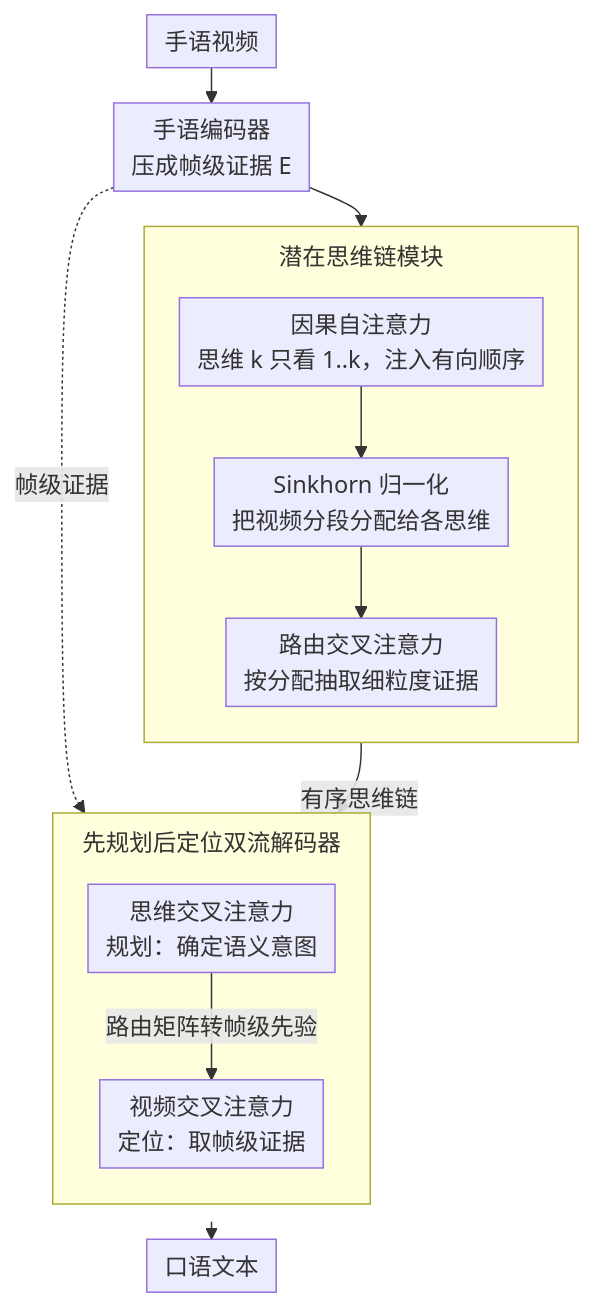
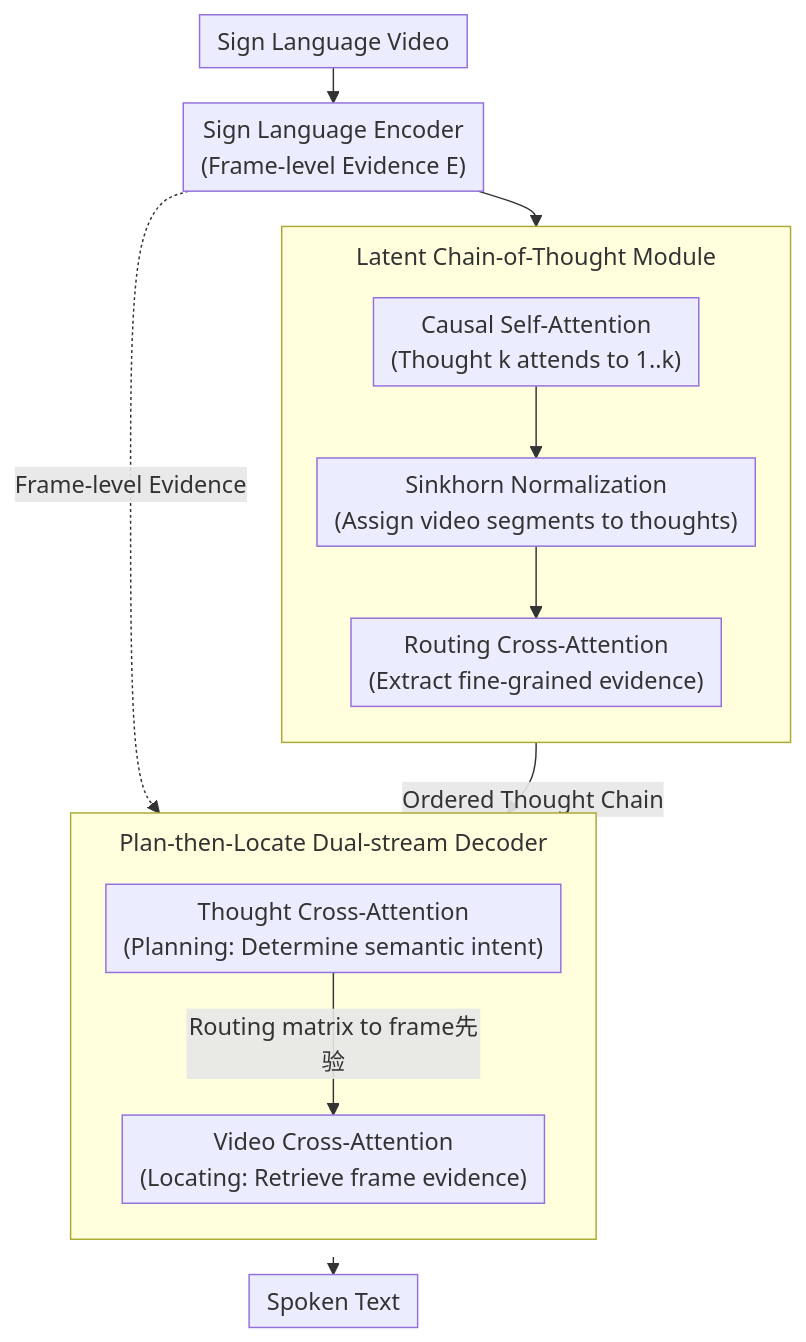
Before and after one commit to zhaoyang97/Paper-Notes-en: the diagram in docs/ACL2026/multilingual_mt/think_in_latent_thoughts_a_new_paradigm_for_gloss-free_sign_language_translation.md, drawn with Mermaid. The commit also changed other lines of this file and 5084 other files, not shown here.

````diff
--- a/docs/ACL2026/multilingual_mt/think_in_latent_thoughts_a_new_paradigm_for_gloss-free_sign_language_translation.md
+++ b/docs/ACL2026/multilingual_mt/think_in_latent_thoughts_a_new_paradigm_for_gloss-free_sign_language_translation.md
@@ -44,18 +44,18 @@
 ```mermaid
 %%{init: {'flowchart': {'rankSpacing': 24, 'nodeSpacing': 28, 'padding': 6, 'wrappingWidth': 400, 'subGraphTitleMargin': {'top': 8, 'bottom': 16}}}}%%
 flowchart TD
-    A["手语视频"] --> B["手语编码器<br/>压成帧级证据 E"]
-    subgraph C["潜在思维链模块"]
+    A["Sign Language Video"] --> B["Sign Language Encoder<br/>(Frame-level Evidence E)"]
+    subgraph C["Latent Chain-of-Thought Module"]
         direction TB
-        C1["因果自注意力<br/>思维 k 只看 1..k，注入有向顺序"] --> C2["Sinkhorn 归一化<br/>把视频分段分配给各思维"]
-        C2 --> C3["路由交叉注意力<br/>按分配抽取细粒度证据"]
+        C1["Causal Self-Attention<br/>(Thought k attends to 1..k)"] --> C2["Sinkhorn Normalization<br/>(Assign video segments to thoughts)"]
+        C2 --> C3["Routing Cross-Attention<br/>(Extract fine-grained evidence)"]
     end
     B --> C
-    subgraph E["先规划后定位双流解码器"]
+    subgraph E["Plan-then-Locate Dual-stream Decoder"]
         direction TB
-        E1["思维交叉注意力<br/>规划：确定语义意图"] -->|路由矩阵转帧级先验| E2["视频交叉注意力<br/>定位：取帧级证据"]
+        E1["Thought Cross-Attention<br/>(Planning: Determine semantic intent)"] -->|Routing matrix to frame先验| E2["Video Cross-Attention<br/>(Locating: Retrieve frame evidence)"]
     end
-    C -->|有序思维链| E
-    B -.帧级证据.-> E2
-    E --> F["口语文本"]
+    C -->|Ordered Thought Chain| E
+    B -.Frame-level Evidence.-> E2
+    E --> F["Spoken Text"]
 ```
````
